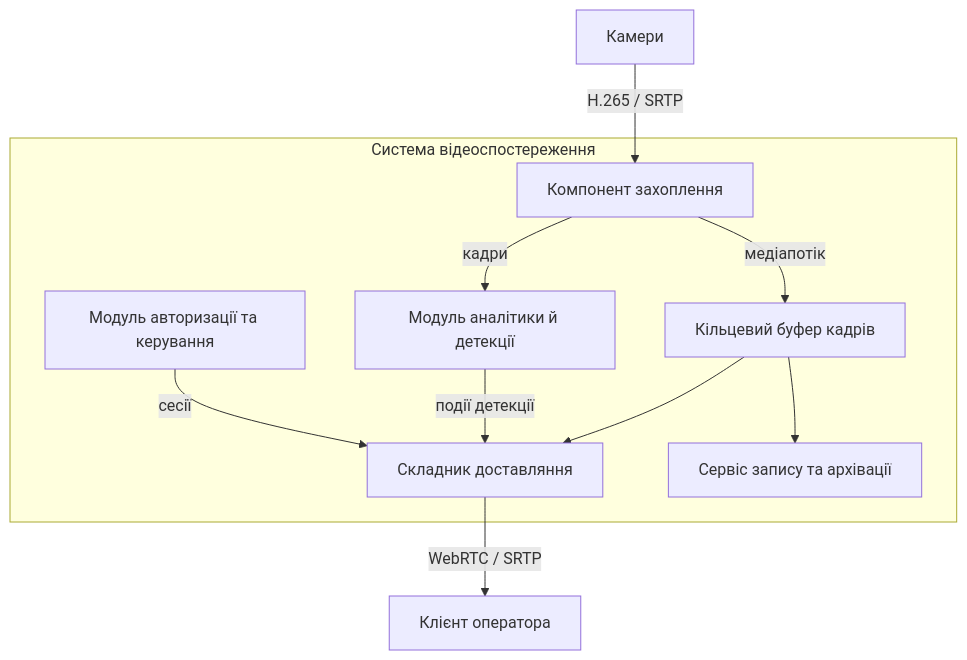
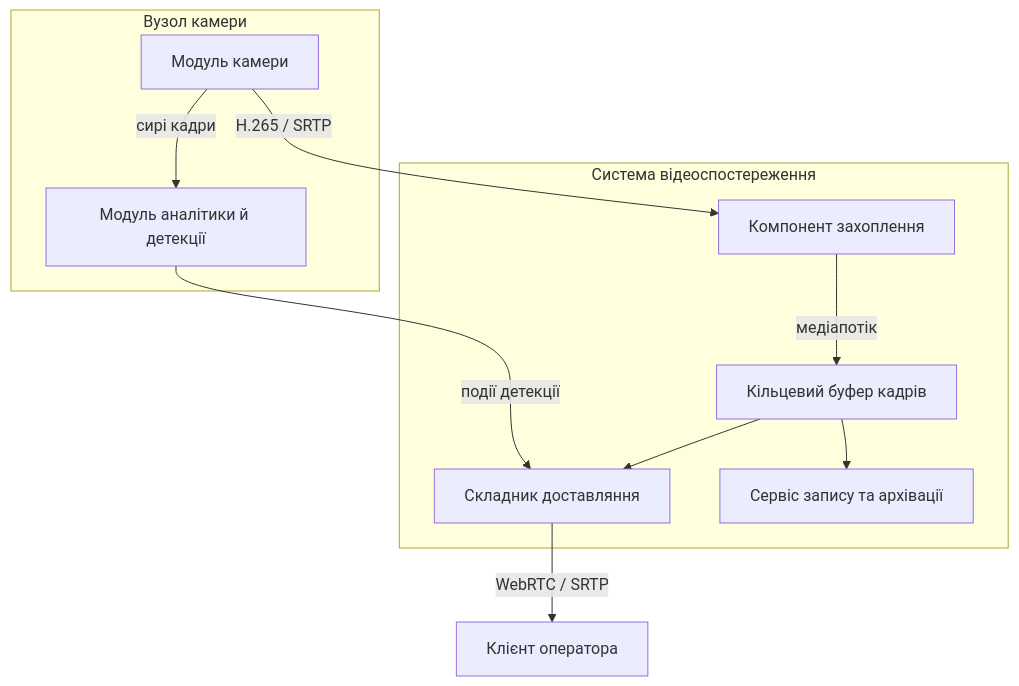
One commit to Yaroslavvak/mmss-lab changed the diagram in docs/diagrams/components.mmd. Above: the diagram before and after it, drawn with Mermaid. The commit also changed 6 other files, not shown here.

```diff
--- a/docs/diagrams/components.mmd
+++ b/docs/diagrams/components.mmd
@@ -1,18 +1,22 @@
 graph TB
+    subgraph "Вузол камери"
+        camera["Модуль камери"]
+        detector["Модуль аналітики й детекції"]
+    end
+
     subgraph "Система відеоспостереження"
         ingest["Компонент захоплення"]
-        detector["Модуль аналітики й детекції"]
         streamer["Складник доставляння"]
         buffer["Кільцевий буфер кадрів"]
         recorder["Сервіс запису та архівації"]
-        auth["Модуль авторизації та керування"]
     end
 
-    camera["Камери"] -->|"H.265 / SRTP"| ingest
-    ingest -->|"кадри"| detector
+    client["Клієнт оператора"]
+
+    camera -->|"H.265 / SRTP"| ingest
+    camera -->|"сирі кадри"| detector
     ingest -->|"медіапотік"| buffer
     buffer --> streamer
     buffer --> recorder
     detector -->|"події детекції"| streamer
-    auth -->|"сесії"| streamer
-    streamer -->|"WebRTC / SRTP"| client["Клієнт оператора"]
+    streamer -->|"WebRTC / SRTP"| client
```
